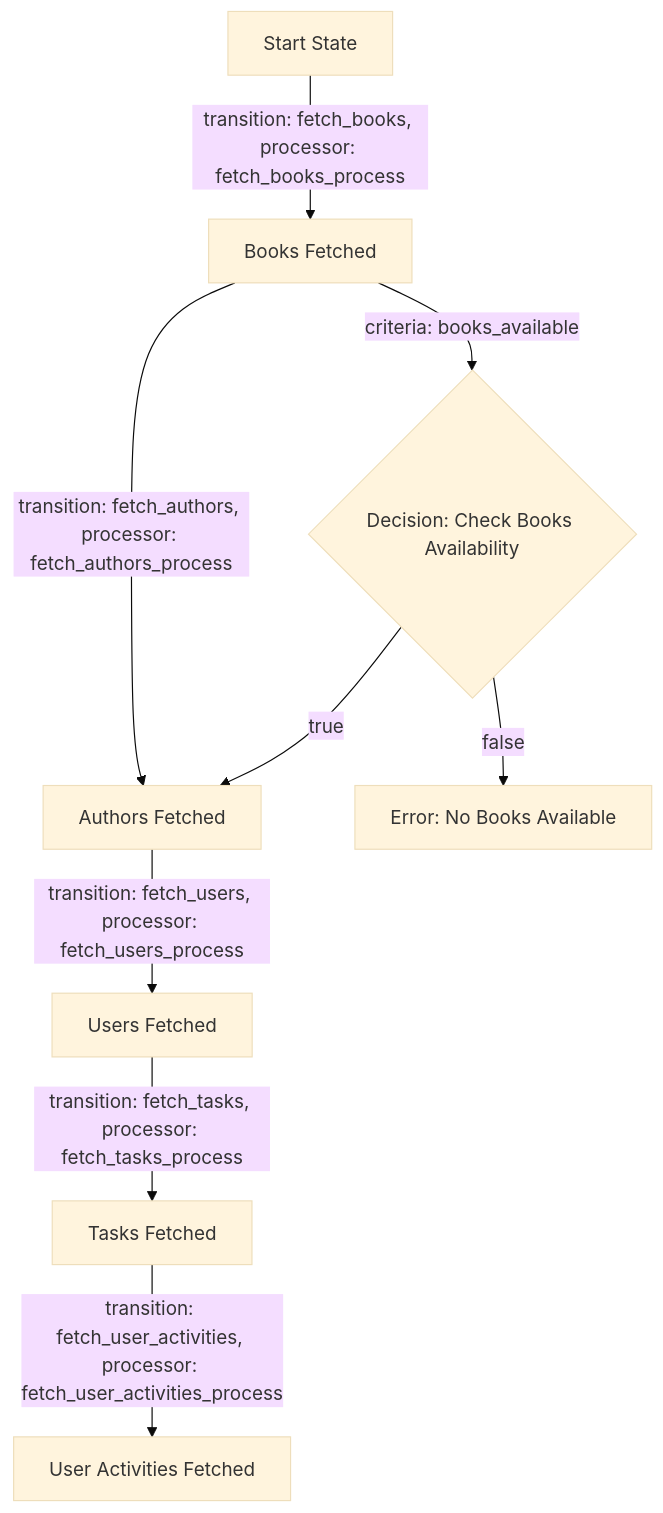
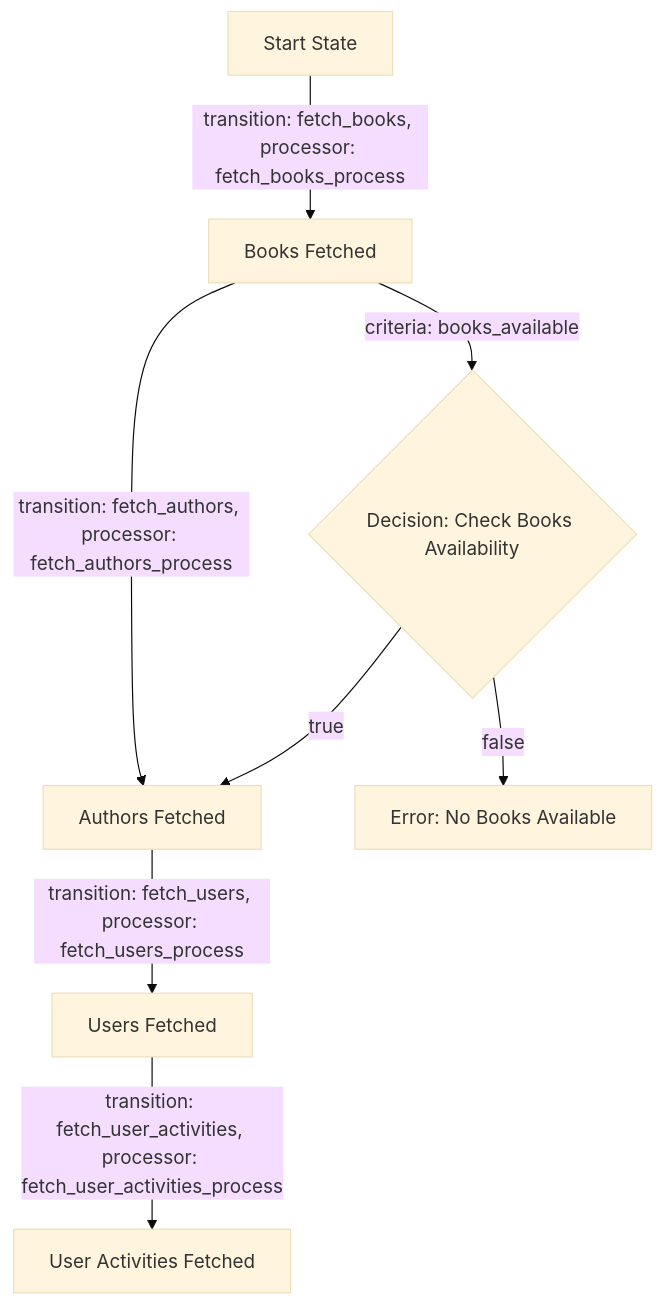
The first of 3 diagrams in entity/app_design_prd.md (Cyoda-platform/quart-client-template), drawn with Mermaid (base theme) before and after one commit. The commit also changed other lines of this file, not shown here.

````diff
--- a/entity/app_design_prd.md
+++ b/entity/app_design_prd.md
@@ -51,15 +46,14 @@
 ```mermaid
 flowchart TD
     A[Start State] -->|transition: fetch_books, processor: fetch_books_process| B[Books Fetched]
     B -->|transition: fetch_authors, processor: fetch_authors_process| C[Authors Fetched]
     C -->|transition: fetch_users, processor: fetch_users_process| D[Users Fetched]
-    D -->|transition: fetch_tasks, processor: fetch_tasks_process| E[Tasks Fetched]
-    E -->|transition: fetch_user_activities, processor: fetch_user_activities_process| F[User Activities Fetched]
+    D -->|transition: fetch_user_activities, processor: fetch_user_activities_process| E[User Activities Fetched]
 
     %% Decision point for criteria
     B -->|criteria: books_available| D1{Decision: Check Books Availability}
     D1 -->|true| C
     D1 -->|false| E1[Error: No Books Available]
 
-    class A,B,C,D,E,F,D1,E1 automated;
+    class A,B,C,D,E,D1,E1 automated;
 ```
````
